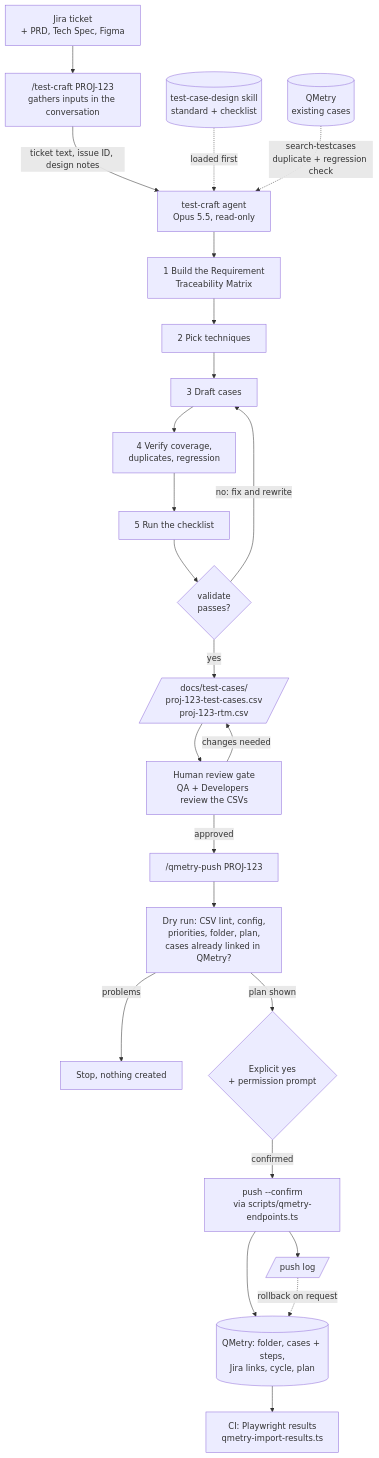
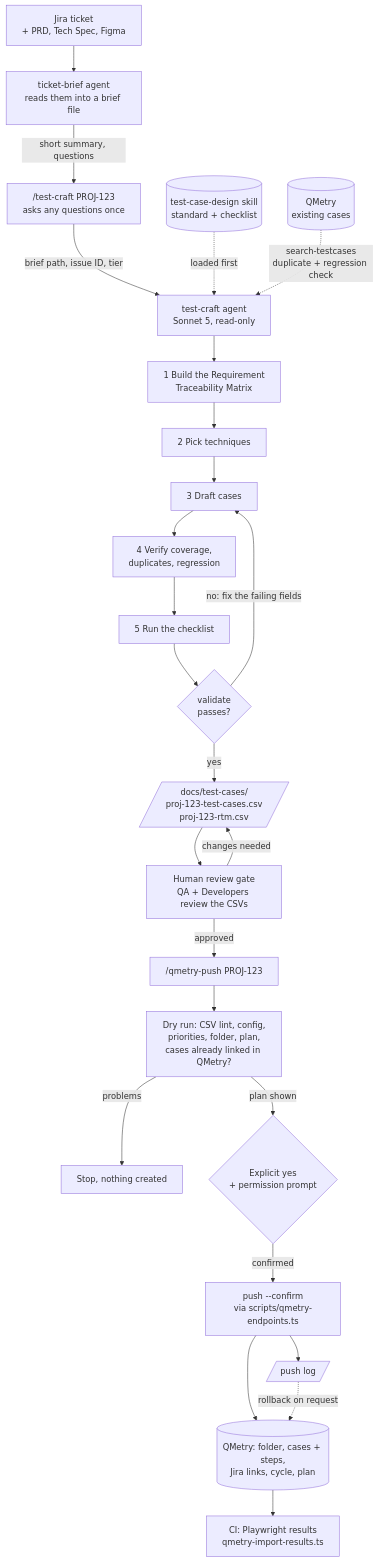
Before and after one commit to abht-art/qa-testcraft: the first of 2 diagrams in README.md, drawn with Mermaid. The commit also changed other lines of this file and 7 other files, not shown here.

````diff
--- a/README.md
+++ b/README.md
@@ -20,23 +20,24 @@
 ```mermaid
 flowchart TD
-    J[Jira ticket<br/>+ PRD, Tech Spec, Figma] --> TC["/test-craft PROJ-123<br/>gathers inputs in the conversation"]
-    TC -->|ticket text, issue ID, design notes| AG["test-craft agent<br/>Opus 5.5, read-only"]
+    J[Jira ticket<br/>+ PRD, Tech Spec, Figma] --> TB["ticket-brief agent<br/>reads them into a brief file"]
+    TB -->|short summary, questions| TC["/test-craft PROJ-123<br/>asks any questions once"]
+    TC -->|brief path, issue ID, tier| AG["test-craft agent<br/>Sonnet 5, read-only"]
     SK[(test-case-design skill<br/>standard + checklist)] -.loaded first.-> AG
     QS[(QMetry<br/>existing cases)] -.search-testcases<br/>duplicate + regression check.-> AG
     AG --> RTM[1 Build the Requirement<br/>Traceability Matrix]
     RTM --> TQ[2 Pick techniques] --> DR[3 Draft cases] --> VF[4 Verify coverage,<br/>duplicates, regression] --> CL[5 Run the checklist]
     CL --> VAL{validate<br/>passes?}
-    VAL -->|no: fix and rewrite| DR
+    VAL -->|no: fix the failing fields| DR
     VAL -->|yes| CSV[/docs/test-cases/<br/>proj-123-test-cases.csv<br/>proj-123-rtm.csv/]
     CSV --> PR["Human review gate<br/>QA + Developers review the CSVs"]
     PR -->|changes needed| CSV
     PR -->|approved| QP["/qmetry-push PROJ-123"]
     QP --> DRY["Dry run: CSV lint, config,<br/>priorities, folder, plan,<br/>cases already linked in QMetry?"]
     DRY -->|problems| STOP[Stop, nothing created]
     DRY -->|plan shown| YES{Explicit yes<br/>+ permission prompt}
     YES -->|confirmed| PUSH["push --confirm<br/>via scripts/qmetry-endpoints.ts"]
     PUSH --> Q[(QMetry: folder, cases + steps,<br/>Jira links, cycle, plan)]
     PUSH --> LOG[/push log/]
     Q --> CI["CI: Playwright results<br/>qmetry-import-results.ts"]
     LOG -.rollback on request.-> Q
 ```
````
